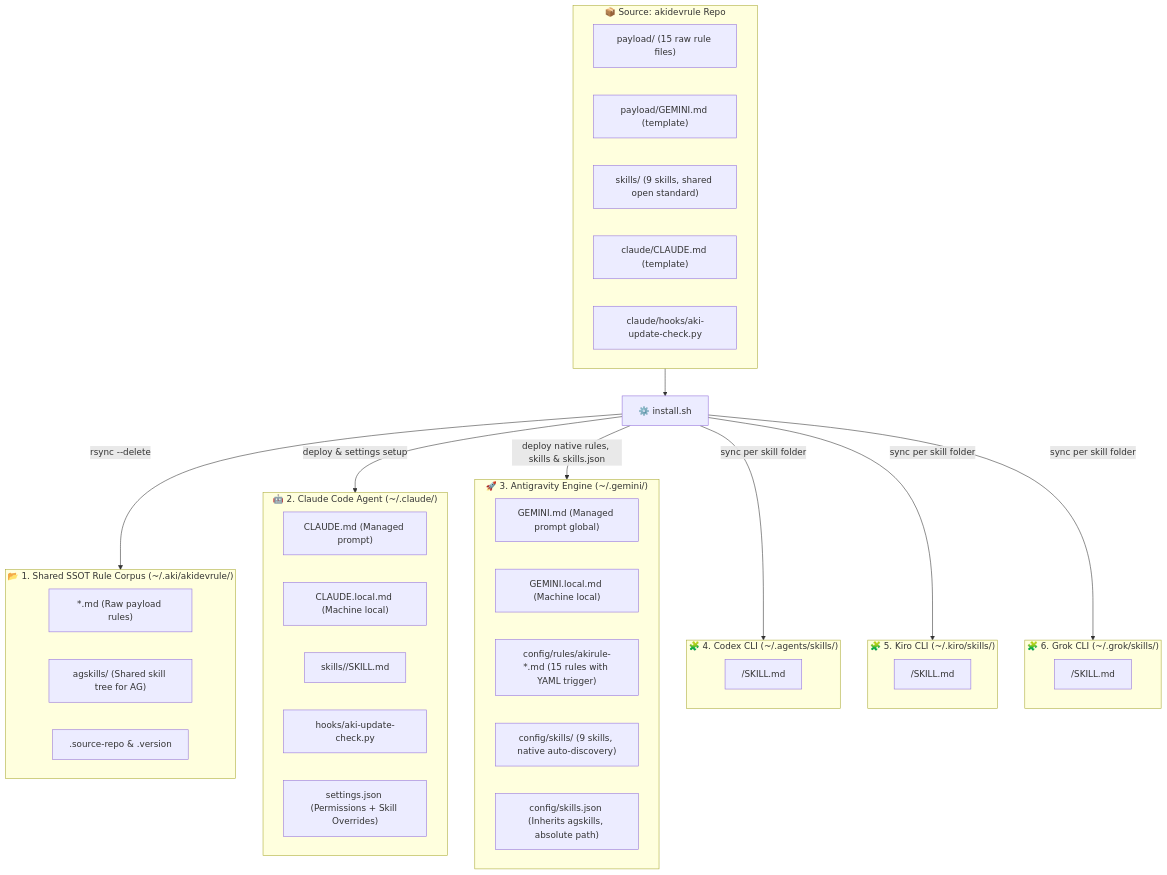
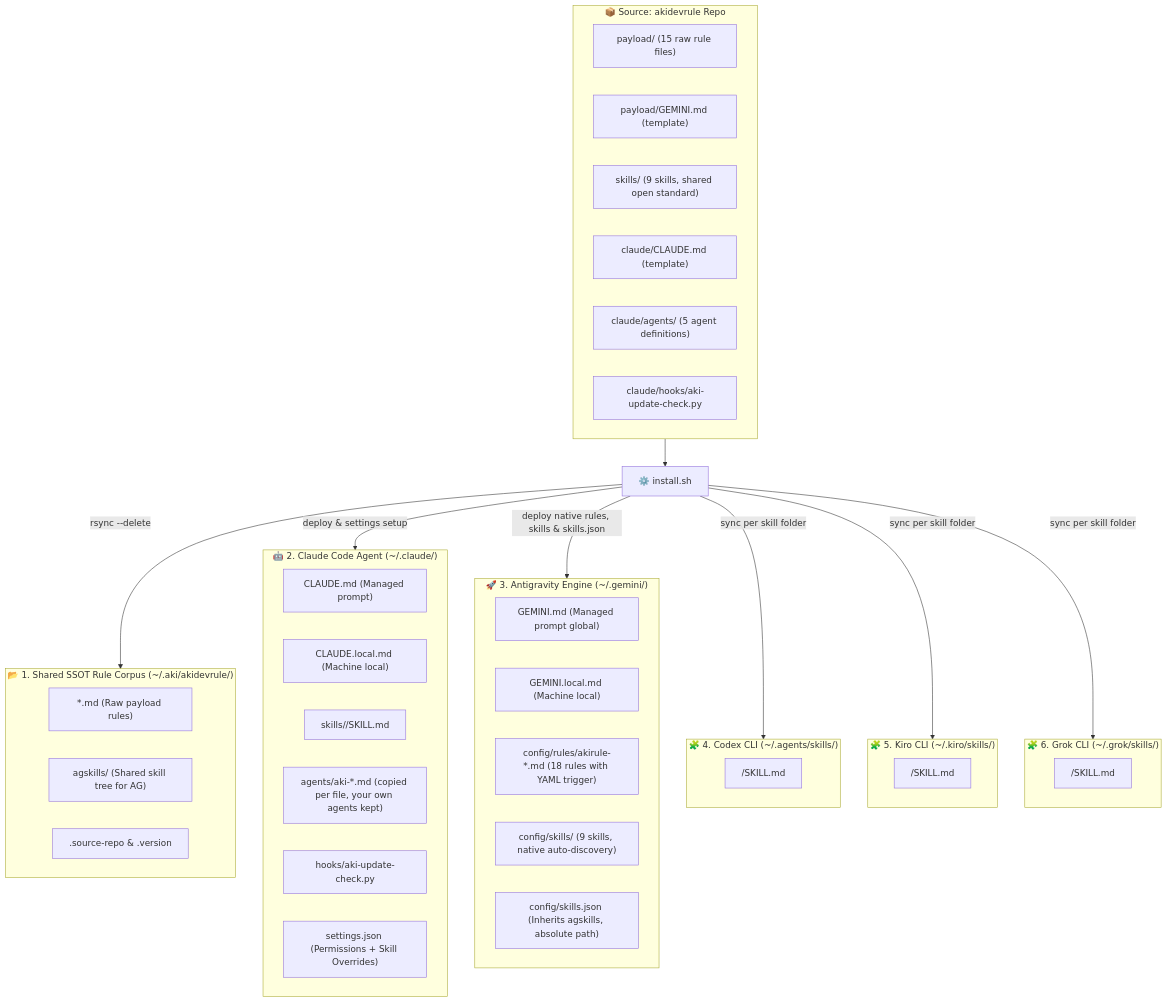
One commit to QuachGia1994/akidevrule changed the diagram in README.md. Above: the diagram before and after it, drawn with Mermaid. The commit also changed other lines of this file and 16 other files, not shown here.

````diff
--- a/README.md
+++ b/README.md
@@ -117,56 +141,58 @@
 ```mermaid
 flowchart TD
     subgraph SRC["📦 Source: akidevrule Repo"]
         PAYLOAD["payload/ (15 raw rule files)"]
         PGEMINI["payload/GEMINI.md (template)"]
         CSKILLS["skills/ (9 skills, shared open standard)"]
         CCLAUDE["claude/CLAUDE.md (template)"]
+        CAGENTS["claude/agents/ (5 agent definitions)"]
         CHOOKS["claude/hooks/aki-update-check.py"]
     end
 
     INSTALL["⚙️ install.sh"]
     SRC --> INSTALL
 
     %% TARGET 1: ~/.aki/akidevrule/
     subgraph T1["📂 1. Shared SSOT Rule Corpus (~/.aki/akidevrule/)"]
         R_CORPUS["*.md (Raw payload rules)"]
         R_AGSKILLS["agskills/ (Shared skill tree for AG)"]
         R_META[".source-repo & .version"]
     end
 
     %% TARGET 2: ~/.claude/
     subgraph T2["🤖 2. Claude Code Agent (~/.claude/)"]
         C_MD["CLAUDE.md (Managed prompt)"]
         C_LOCAL["CLAUDE.local.md (Machine local)"]
         C_SKILLS["skills/<skill_name>/SKILL.md"]
+        C_AGENTS["agents/aki-*.md (copied per file, your own agents kept)"]
         C_HOOKS["hooks/aki-update-check.py"]
         C_SET["settings.json (Permissions + Skill Overrides)"]
     end
 
     %% TARGET 3: ~/.gemini/
     subgraph T3["🚀 3. Antigravity Engine (~/.gemini/)"]
         G_MD["GEMINI.md (Managed prompt global)"]
         G_LOCAL["GEMINI.local.md (Machine local)"]
-        G_RULES["config/rules/akirule-*.md (15 rules with YAML trigger)"]
+        G_RULES["config/rules/akirule-*.md (18 rules with YAML trigger)"]
         G_SKILLS["config/skills/ (9 skills, native auto-discovery)"]
         G_SJSON["config/skills.json (Inherits agskills, absolute path)"]
     end
 
     %% TARGETS 4-6: other CLIs that natively consume the SKILL.md standard
     subgraph T4["🧩 4. Codex CLI (~/.agents/skills/)"]
         X_SKILLS["<skill_name>/SKILL.md"]
     end
     subgraph T5["🧩 5. Kiro CLI (~/.kiro/skills/)"]
         K_SKILLS["<skill_name>/SKILL.md"]
     end
     subgraph T6["🧩 6. Grok CLI (~/.grok/skills/)"]
         R_SKILLS["<skill_name>/SKILL.md"]
     end
 
     INSTALL -->|"rsync --delete"| T1
     INSTALL -->|"deploy & settings setup"| T2
     INSTALL -->|"deploy native rules, skills & skills.json"| T3
     INSTALL -->|"sync per skill folder"| T4
     INSTALL -->|"sync per skill folder"| T5
     INSTALL -->|"sync per skill folder"| T6
 ```
````
